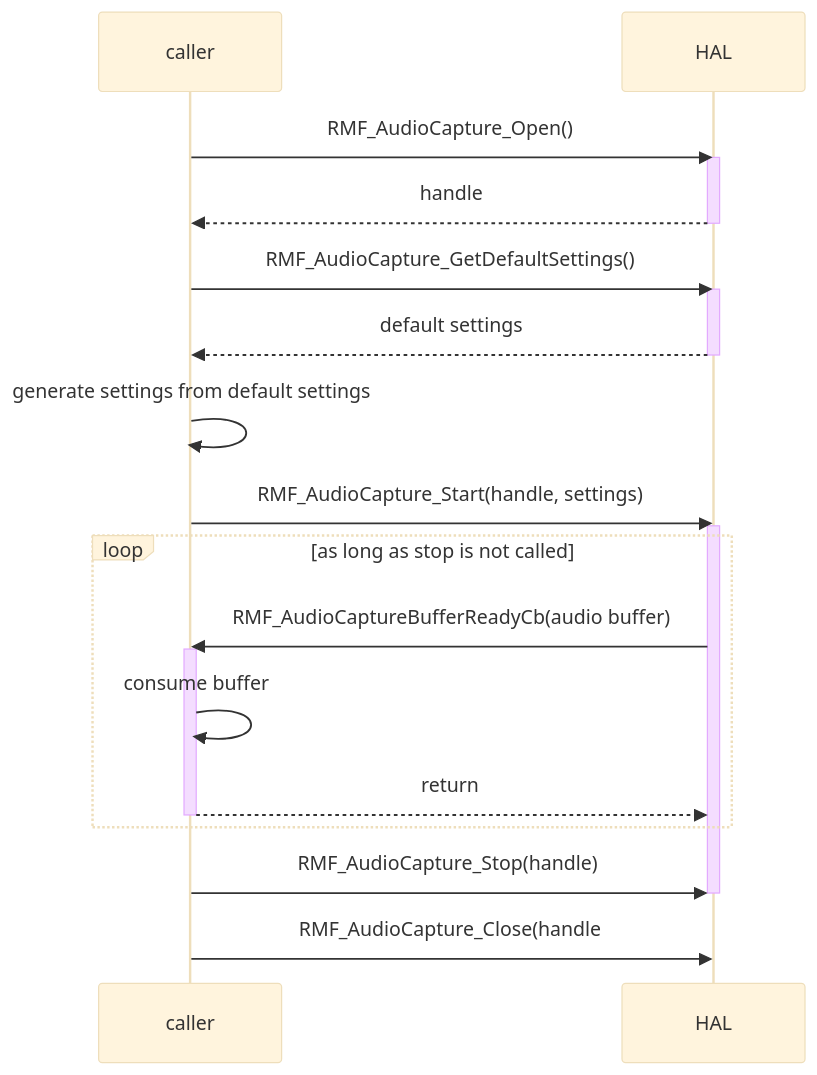
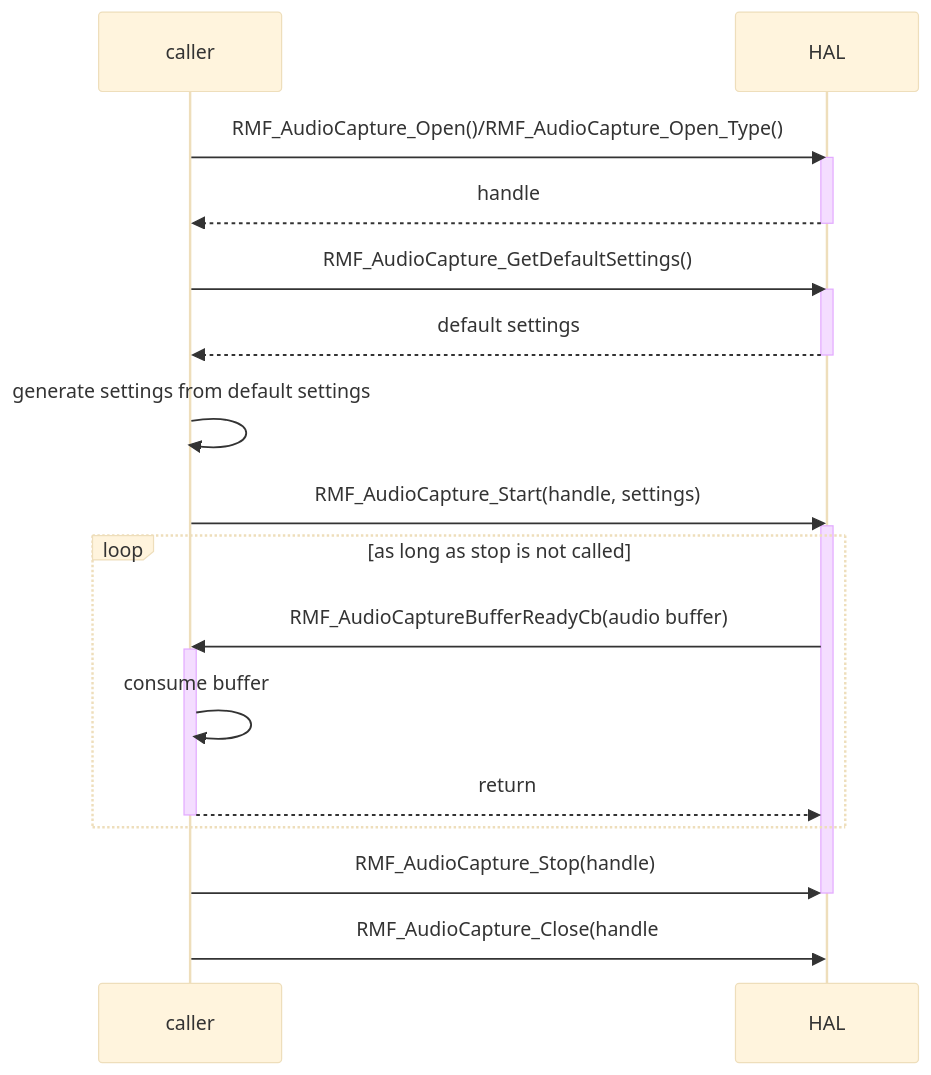
One commit to rdkcentral/rdk-halif-rmf_audio_capture changed the second of 3 diagrams in docs/pages/halSpec.md. Above: the diagram before and after it, drawn with Mermaid (base theme). The commit also changed other lines of this file and 1 other file, not shown here.

Commit message:
RDK-36869 : Documentation for RMF_AudioCapture HAL v12

````diff
--- a/docs/pages/halSpec.md
+++ b/docs/pages/halSpec.md
@@ -170,24 +171,24 @@
 ```mermaid
    sequenceDiagram
-    caller->>HAL: RMF_AudioCapture_Open()
+    caller->>HAL: RMF_AudioCapture_Open()/RMF_AudioCapture_Open_Type()
     activate HAL
     HAL-->>caller: handle
     deactivate HAL
     caller->>HAL: RMF_AudioCapture_GetDefaultSettings()
     activate HAL
     HAL-->>caller: default settings
     deactivate HAL
     caller->>caller: generate settings from default settings
     caller->>HAL: RMF_AudioCapture_Start(handle, settings)
     activate HAL
     loop as long as stop is not called
     HAL->>caller:RMF_AudioCaptureBufferReadyCb(audio buffer)
     activate caller
     caller->>caller:consume buffer
     caller-->>HAL: return
     deactivate caller
     end
     caller->>HAL: RMF_AudioCapture_Stop(handle)
     deactivate HAL
     caller->>HAL: RMF_AudioCapture_Close(handle
  ```
````
